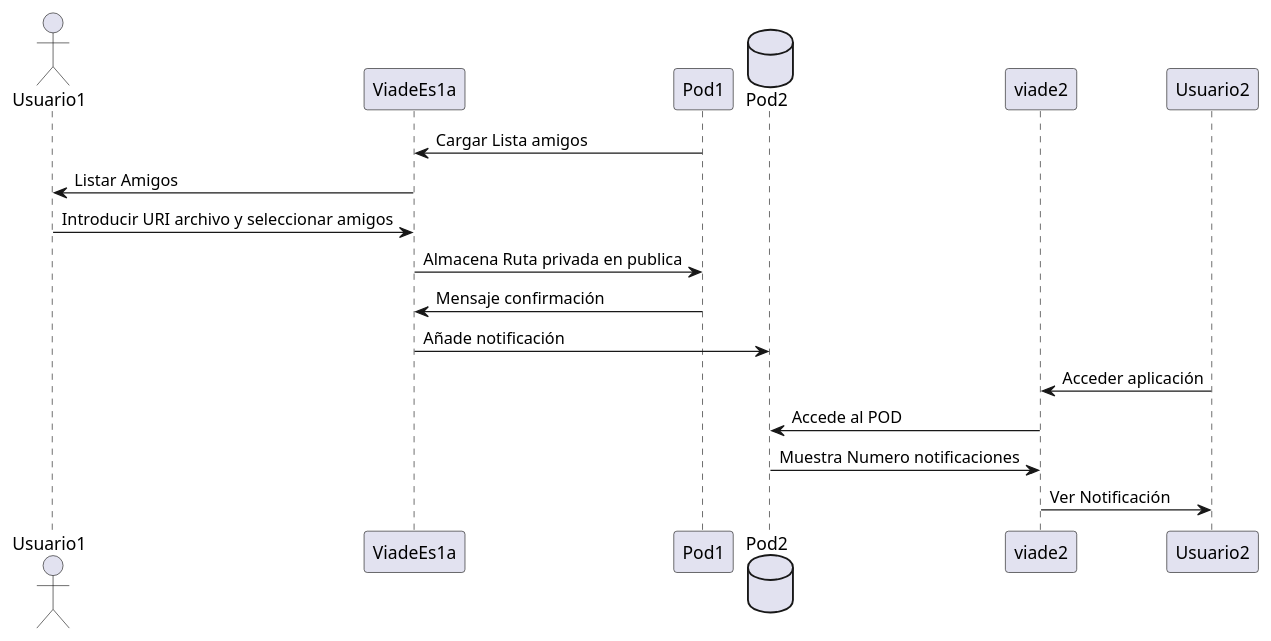
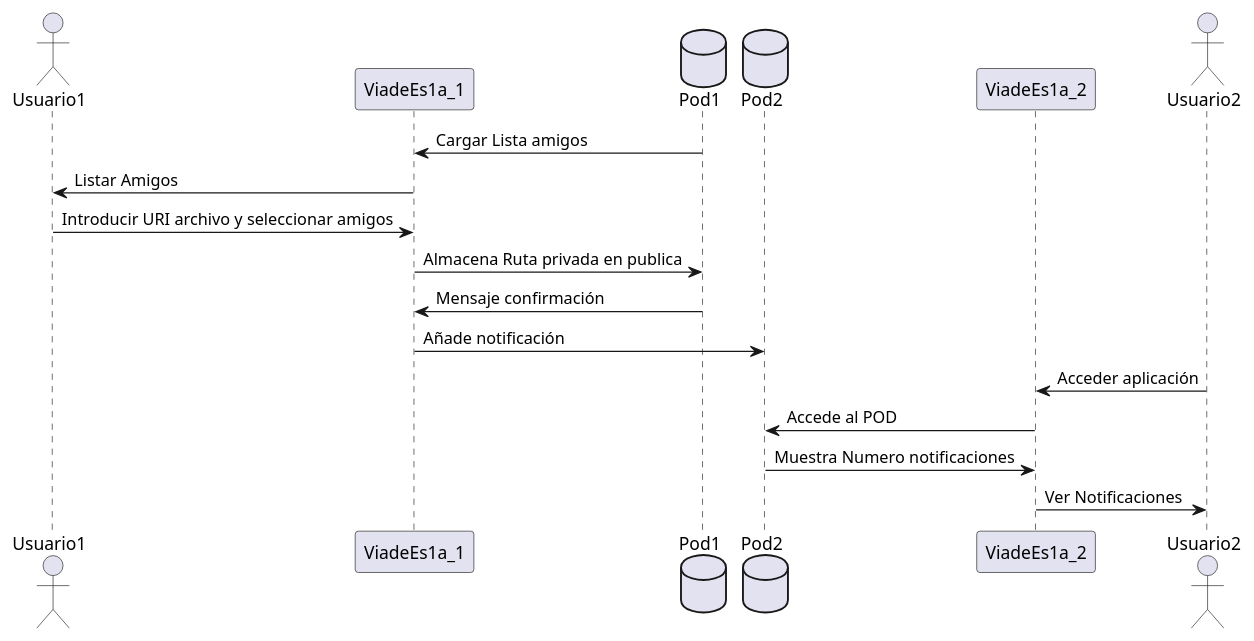
One commit to Arquisoft/viade_es1a changed the fourth of 4 diagrams in src/docs/06_runtime_view.adoc. Above: the diagram before and after it, drawn with PlantUML.

Commit message:
Corregido diagrama 6.3

```diff
--- a/src/docs/06_runtime_view.adoc
+++ b/src/docs/06_runtime_view.adoc
@@ -63,23 +63,32 @@
 [plantuml,compartir arhivos,png]
 ----
+@startuml
 actor Usuario1
 
-Pod1 -> ViadeEs1a :Cargar Lista amigos
-ViadeEs1a -> Usuario1:Listar Amigos
-Usuario1 -> ViadeEs1a:Introducir URI archivo y seleccionar amigos
+
+participant  ViadeEs1a_1
 database Pod1
+database Pod2
+participant  ViadeEs1a_2
 
-ViadeEs1a -> Pod1:Almacena Ruta privada en publica
-Pod1 -> ViadeEs1a:Mensaje confirmación
+actor Usuario2
 
-database Pod2
-ViadeEs1a -> Pod2:Añade notificación
-viade2 <- Usuario2: Acceder aplicación
-Pod2 <- viade2:Accede al POD
+Pod1 -> ViadeEs1a_1 :Cargar Lista amigos
+ViadeEs1a_1 -> Usuario1:Listar Amigos
+Usuario1 -> ViadeEs1a_1:Introducir URI archivo y seleccionar amigos
 
-viade2 <- Pod2: Muestra Numero notificaciones
-actor Usuario2
-viade2 -> Usuario2: Ver Notificación
+
+ViadeEs1a_1 -> Pod1:Almacena Ruta privada en publica
+Pod1 -> ViadeEs1a_1:Mensaje confirmación
+
+
+ViadeEs1a_1 -> Pod2:Añade notificación
+ViadeEs1a_2 <- Usuario2: Acceder aplicación
+Pod2 <- ViadeEs1a_2:Accede al POD
+
+ViadeEs1a_2 <- Pod2: Muestra Numero notificaciones
+
+ViadeEs1a_2 -> Usuario2: Ver Notificaciones
 
 @enduml
 ----
```
